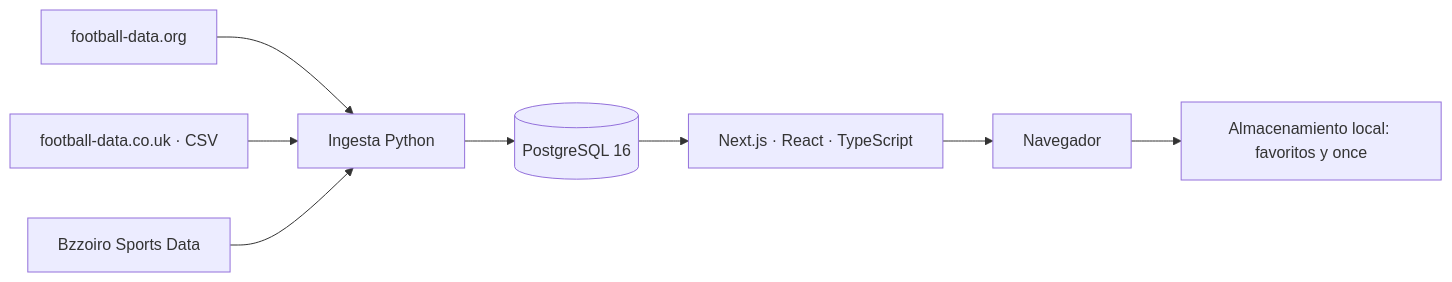
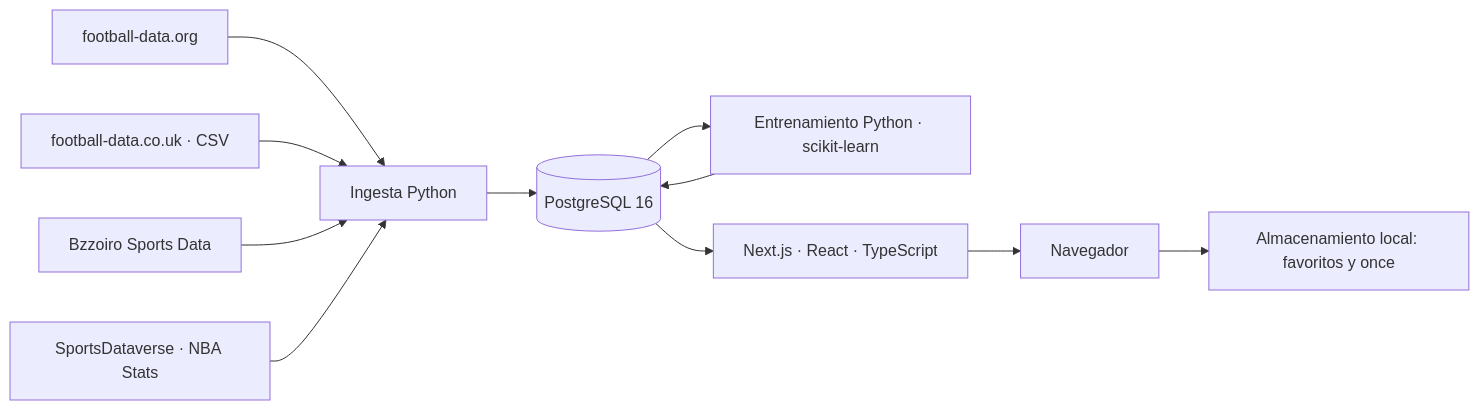
Before and after one commit to liamanderson873/Dashboard-Deportes: the diagram in README.md, drawn with Mermaid. The commit also changed other lines of this file and 50 other files, not shown here.

````diff
--- a/README.md
+++ b/README.md
@@ -47,10 +66,13 @@
 ```mermaid
 flowchart LR
   A[football-data.org] --> P[Ingesta Python]
   B[football-data.co.uk · CSV] --> P
   C[Bzzoiro Sports Data] --> P
+  S[SportsDataverse · NBA Stats] --> P
   P --> D[(PostgreSQL 16)]
+  D --> M[Entrenamiento Python · scikit-learn]
+  M --> D
   D --> W[Next.js · React · TypeScript]
   W --> N[Navegador]
   N --> L[Almacenamiento local: favoritos y once]
 ```
````
